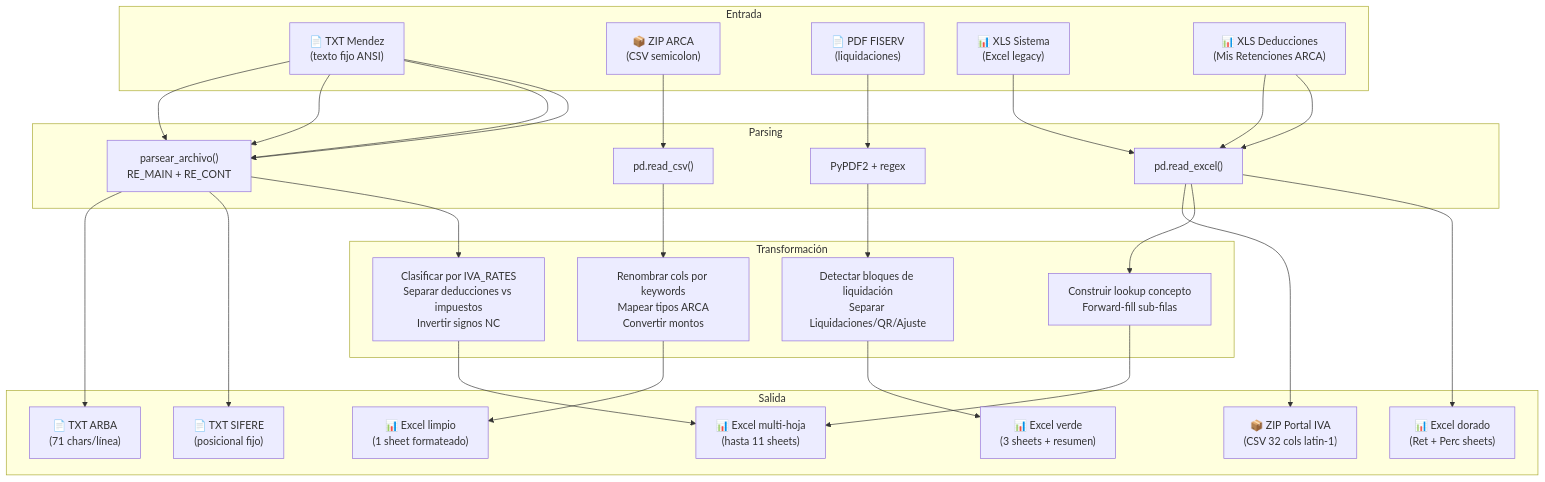
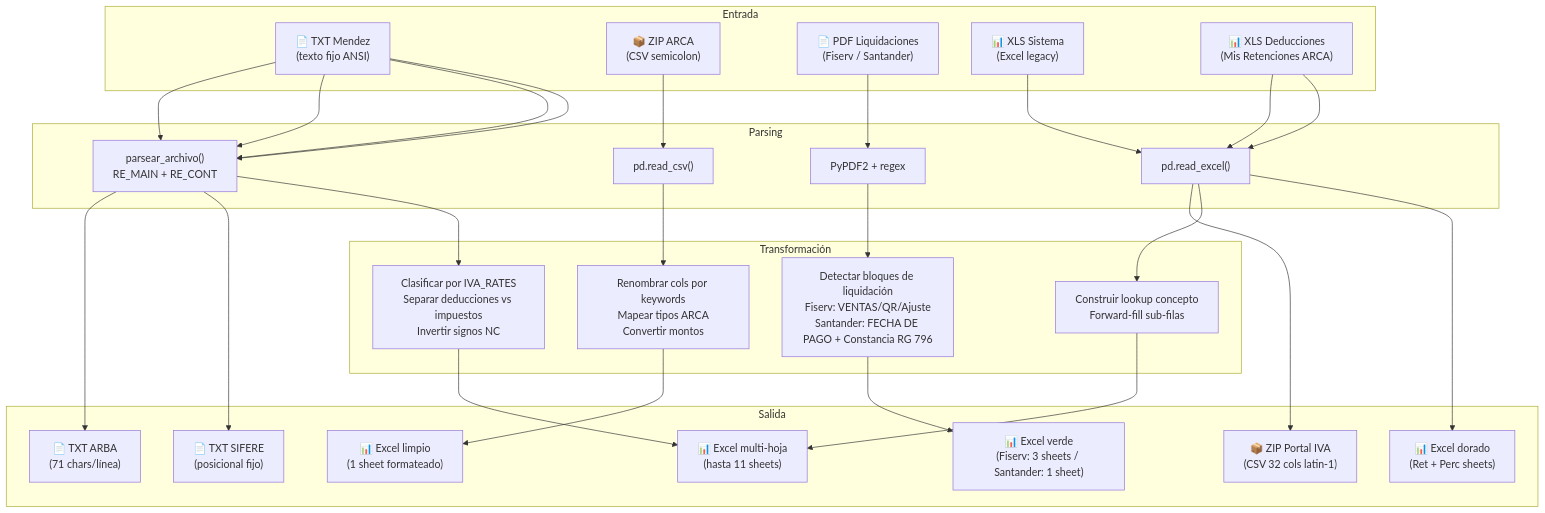
Before and after one commit to capano-andres/movimientos-a-excel: the fourth of 4 diagrams in DOCUMENTACION.md, drawn with Mermaid. The commit also changed other lines of this file and 1 other file, not shown here.

Commit message:
Tarjeta Santander Rio

````diff
--- a/DOCUMENTACION.md
+++ b/DOCUMENTACION.md
@@ -1161,44 +1266,44 @@
 ```mermaid
 flowchart TB
     subgraph "Entrada"
         TXT["📄 TXT Mendez<br/>(texto fijo ANSI)"]
         ZIP["📦 ZIP ARCA<br/>(CSV semicolon)"]
-        PDF["📄 PDF FISERV<br/>(liquidaciones)"]
+        PDF["📄 PDF Liquidaciones<br/>(Fiserv / Santander)"]
         XLS["📊 XLS Sistema<br/>(Excel legacy)"]
         DED["📊 XLS Deducciones<br/>(Mis Retenciones ARCA)"]
     end
 
     subgraph "Parsing"
         P1["parsear_archivo()<br/>RE_MAIN + RE_CONT"]
         P2["pd.read_csv()"]
         P3["PyPDF2 + regex"]
         P4["pd.read_excel()"]
     end
 
     subgraph "Transformación"
         T1["Clasificar por IVA_RATES<br/>Separar deducciones vs impuestos<br/>Invertir signos NC"]
         T2["Renombrar cols por keywords<br/>Mapear tipos ARCA<br/>Convertir montos"]
-        T3["Detectar bloques de liquidación<br/>Separar Liquidaciones/QR/Ajuste"]
+        T3["Detectar bloques de liquidación<br/>Fiserv: VENTAS/QR/Ajuste<br/>Santander: FECHA DE PAGO + Constancia RG 796"]
         T4["Construir lookup concepto<br/>Forward-fill sub-filas"]
     end
 
     subgraph "Salida"
         E1["📊 Excel multi-hoja<br/>(hasta 11 sheets)"]
         E2["📊 Excel limpio<br/>(1 sheet formateado)"]
-        E3["📊 Excel verde<br/>(3 sheets + resumen)"]
+        E3["📊 Excel verde<br/>(Fiserv: 3 sheets / Santander: 1 sheet)"]
         E4["📊 Excel dorado<br/>(Ret + Perc sheets)"]
         S1["📄 TXT SIFERE<br/>(posicional fijo)"]
         S2["📄 TXT ARBA<br/>(71 chars/línea)"]
         Z1["📦 ZIP Portal IVA<br/>(CSV 32 cols latin-1)"]
     end
 
     TXT --> P1 --> T1 --> E1
     TXT --> P1 --> S1
     TXT --> P1 --> S2
     ZIP --> P2 --> T2 --> E2
     PDF --> P3 --> T3 --> E3
     DED --> P4 --> E4
     TXT --> P1
     XLS --> P4 --> T4 --> E1
     DED --> P4 --> Z1
 ```
````
